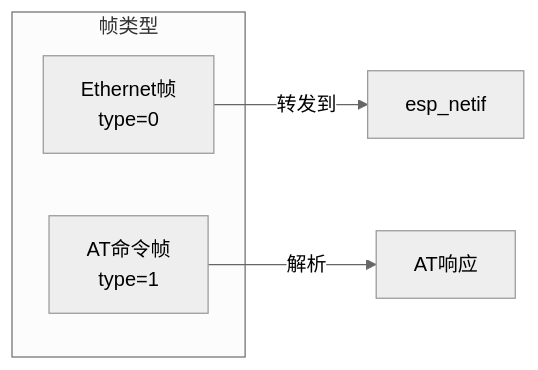
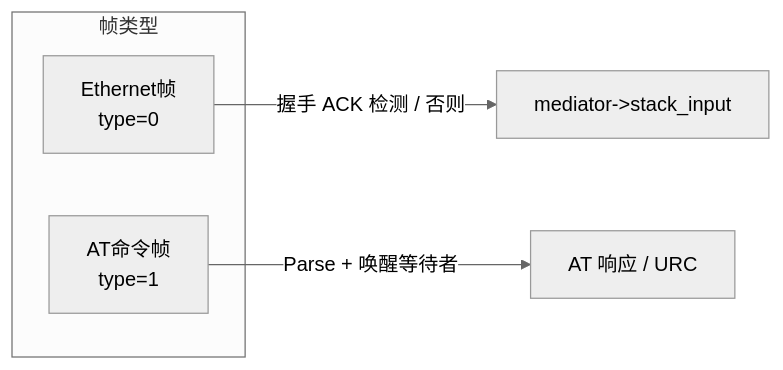
Before and after one commit to 78/uart-eth-modem: the ninth of 22 diagrams in WORKING_PRINCIPLE.md, drawn with Mermaid (neutral theme). The commit also changed other lines of this file and 2 other files, not shown here.

````diff
--- a/WORKING_PRINCIPLE.md
+++ b/WORKING_PRINCIPLE.md
@@ -401,10 +375,10 @@
 ```mermaid
 graph LR
     subgraph "帧类型"
         ETH[Ethernet帧<br/>type=0]
         AT[AT命令帧<br/>type=1]
     end
-    
-    ETH -->|转发到| NETIF[esp_netif]
-    AT -->|解析| RESP[AT响应]
+
+    ETH -->|握手 ACK 检测 / 否则| NETIF[mediator->stack_input]
+    AT -->|Parse + 唤醒等待者| RESP[AT 响应 / URC]
 ```
````
